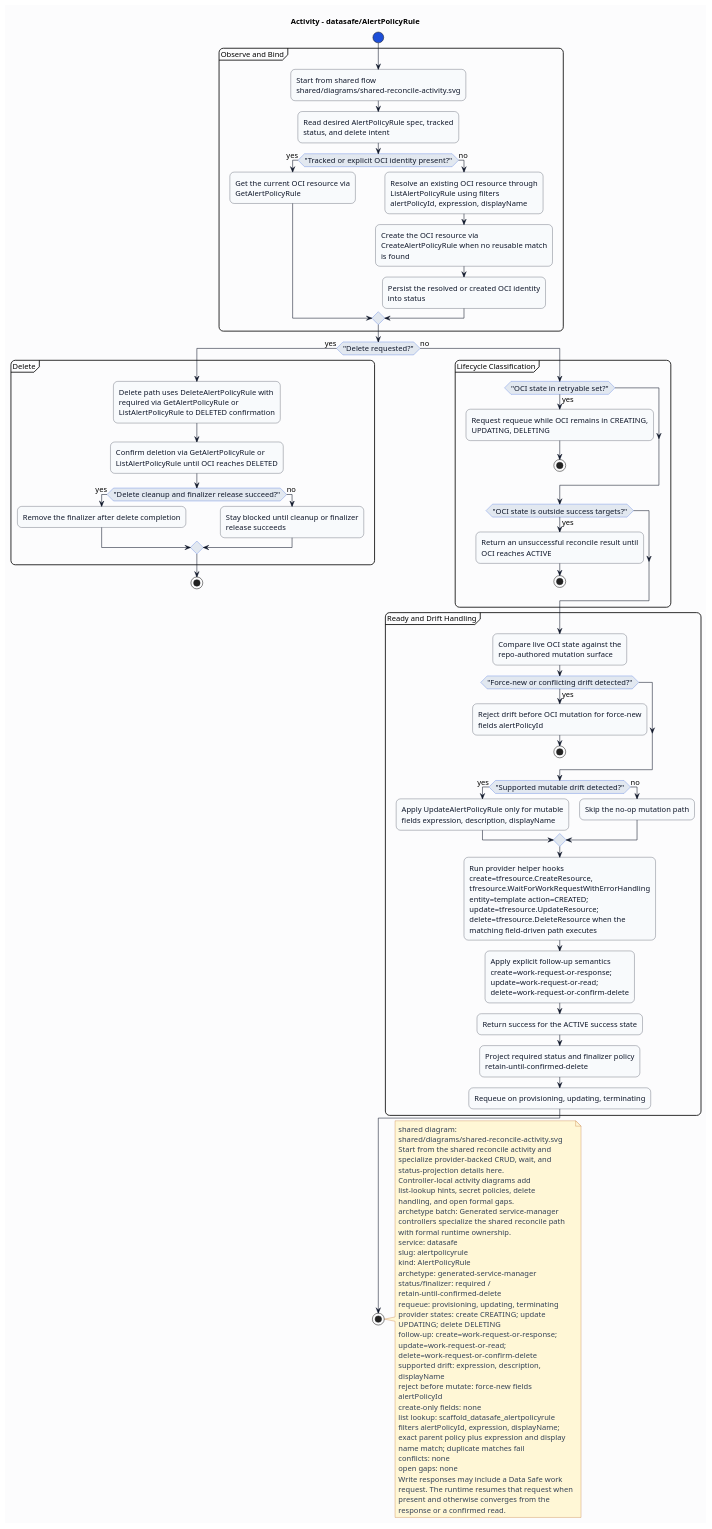
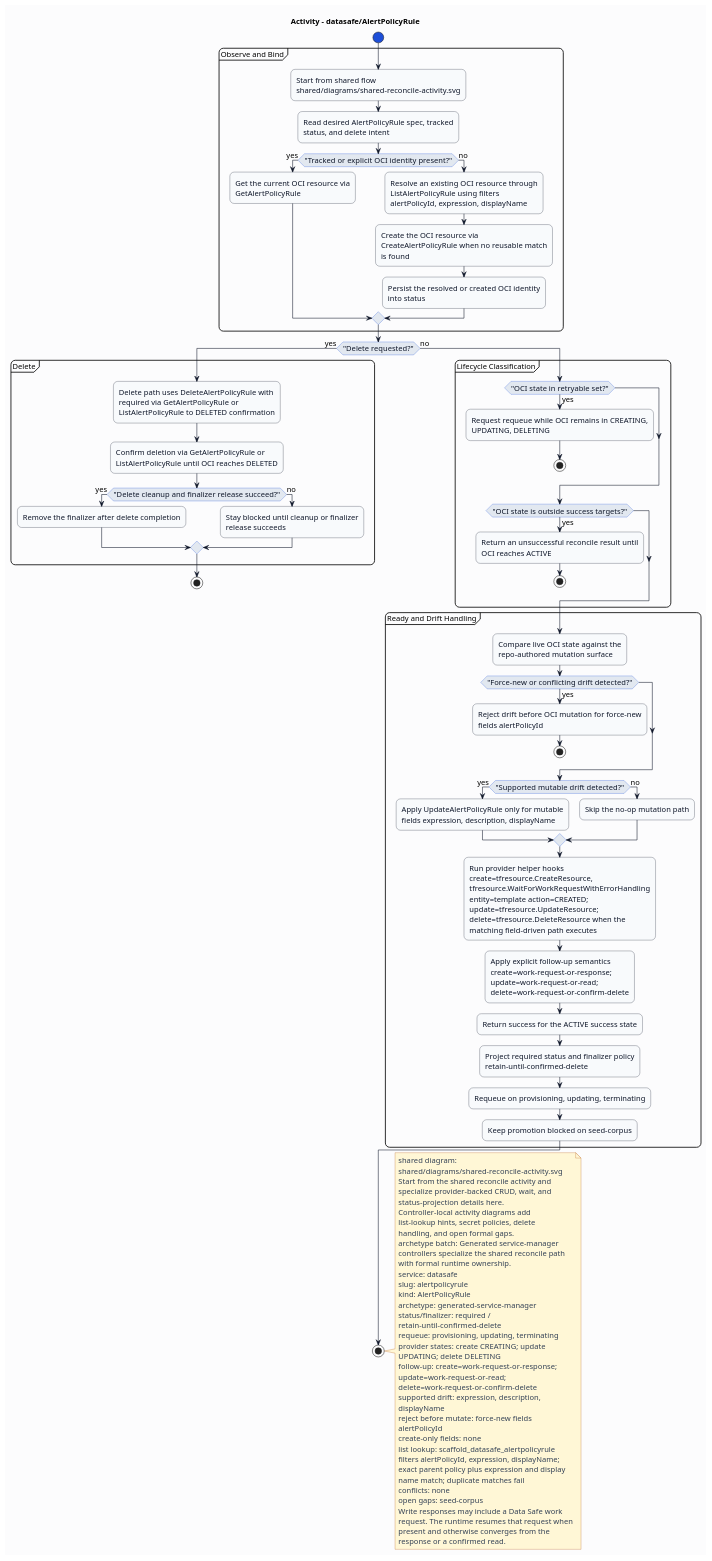
One commit to HaoyL666/oci-service-operator changed the diagram in formal/controllers/datasafe/alertpolicyrule/diagrams/activity.puml. Above: the diagram before and after it, drawn with PlantUML. The commit also changed 2899 other files, not shown here.

```diff
--- a/formal/controllers/datasafe/alertpolicyrule/diagrams/activity.puml
+++ b/formal/controllers/datasafe/alertpolicyrule/diagrams/activity.puml
@@ -1,116 +1,117 @@
 @startuml
 skinparam shadowing false
 skinparam backgroundColor #fcfcfd
 skinparam defaultFontName Helvetica
 skinparam defaultFontSize 14
 skinparam arrowColor #0f172a
 skinparam noteBackgroundColor #fff7d6
 skinparam noteBorderColor #b45309
 skinparam noteFontColor #334155
 skinparam roundcorner 16
 title Activity - datasafe/AlertPolicyRule
 skinparam activity {
   backgroundColor #f8fafc
   borderColor #0f172a
   fontColor #0f172a
   diamondBackgroundColor #e2e8f0
   diamondBorderColor #1d4ed8
   diamondFontColor #0f172a
   startColor #1d4ed8
   endColor #0f172a
   barColor #1d4ed8
 }
 start
 partition "Observe and Bind" {
 :Start from shared flow\nshared/diagrams/shared-reconcile-activity.svg;
 :Read desired AlertPolicyRule spec, tracked\nstatus, and delete intent;
 if ("Tracked or explicit OCI identity present?") then (yes)
 :Get the current OCI resource via\nGetAlertPolicyRule;
 else (no)
 :Resolve an existing OCI resource through\nListAlertPolicyRule using filters\nalertPolicyId, expression, displayName;
 :Create the OCI resource via\nCreateAlertPolicyRule when no reusable match\nis found;
 :Persist the resolved or created OCI identity\ninto status;
 endif
 }
 if ("Delete requested?") then (yes)
 partition "Delete" {
 :Delete path uses DeleteAlertPolicyRule with\nrequired via GetAlertPolicyRule or\nListAlertPolicyRule to DELETED confirmation;
 :Confirm deletion via GetAlertPolicyRule or\nListAlertPolicyRule until OCI reaches DELETED;
 if ("Delete cleanup and finalizer release succeed?") then (yes)
 :Remove the finalizer after delete completion;
 else (no)
 :Stay blocked until cleanup or finalizer\nrelease succeeds;
 endif
 }
 stop
 else (no)
 partition "Lifecycle Classification" {
 if ("OCI state in retryable set?") then (yes)
 :Request requeue while OCI remains in CREATING,\nUPDATING, DELETING;
 stop
 endif
 if ("OCI state is outside success targets?") then (yes)
 :Return an unsuccessful reconcile result until\nOCI reaches ACTIVE;
 stop
 endif
 }
 partition "Ready and Drift Handling" {
 :Compare live OCI state against the\nrepo-authored mutation surface;
 if ("Force-new or conflicting drift detected?") then (yes)
 :Reject drift before OCI mutation for force-new\nfields alertPolicyId;
 stop
 endif
 if ("Supported mutable drift detected?") then (yes)
 :Apply UpdateAlertPolicyRule only for mutable\nfields expression, description, displayName;
 else (no)
 :Skip the no-op mutation path;
 endif
 :Run provider helper hooks\ncreate=tfresource.CreateResource,\ntfresource.WaitForWorkRequestWithErrorHandling\nentity=template action=CREATED;\nupdate=tfresource.UpdateResource;\ndelete=tfresource.DeleteResource when the\nmatching field-driven path executes;
 :Apply explicit follow-up semantics\ncreate=work-request-or-response;\nupdate=work-request-or-read;\ndelete=work-request-or-confirm-delete;
 :Return success for the ACTIVE success state;
 :Project required status and finalizer policy\nretain-until-confirmed-delete;
 :Requeue on provisioning, updating, terminating;
+:Keep promotion blocked on seed-corpus;
 }
 endif
 stop
 note right
 shared diagram:
 shared/diagrams/shared-reconcile-activity.svg
 Start from the shared reconcile activity and
 specialize provider-backed CRUD, wait, and
 status-projection details here.
 Controller-local activity diagrams add
 list-lookup hints, secret policies, delete
 handling, and open formal gaps.
 archetype batch: Generated service-manager
 controllers specialize the shared reconcile path
 with formal runtime ownership.
 service: datasafe
 slug: alertpolicyrule
 kind: AlertPolicyRule
 archetype: generated-service-manager
 status/finalizer: required /
 retain-until-confirmed-delete
 requeue: provisioning, updating, terminating
 provider states: create CREATING; update
 UPDATING; delete DELETING
 follow-up: create=work-request-or-response;
 update=work-request-or-read;
 delete=work-request-or-confirm-delete
 supported drift: expression, description,
 displayName
 reject before mutate: force-new fields
 alertPolicyId
 create-only fields: none
 list lookup: scaffold_datasafe_alertpolicyrule
 filters alertPolicyId, expression, displayName;
 exact parent policy plus expression and display
 name match; duplicate matches fail
 conflicts: none
-open gaps: none
+open gaps: seed-corpus
 Write responses may include a Data Safe work
 request. The runtime resumes that request when
 present and otherwise converges from the
 response or a confirmed read.
 end note
 @enduml
```
